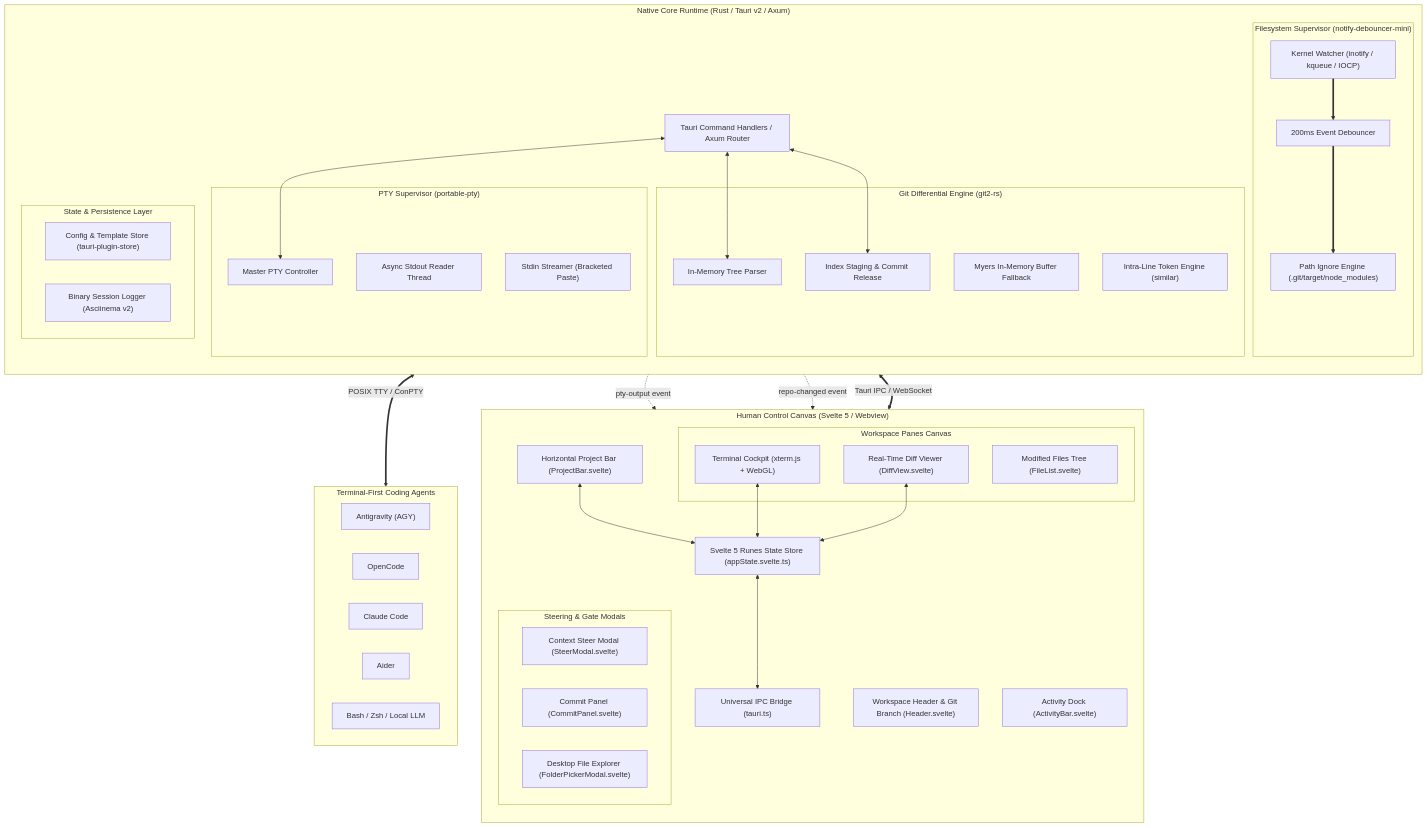
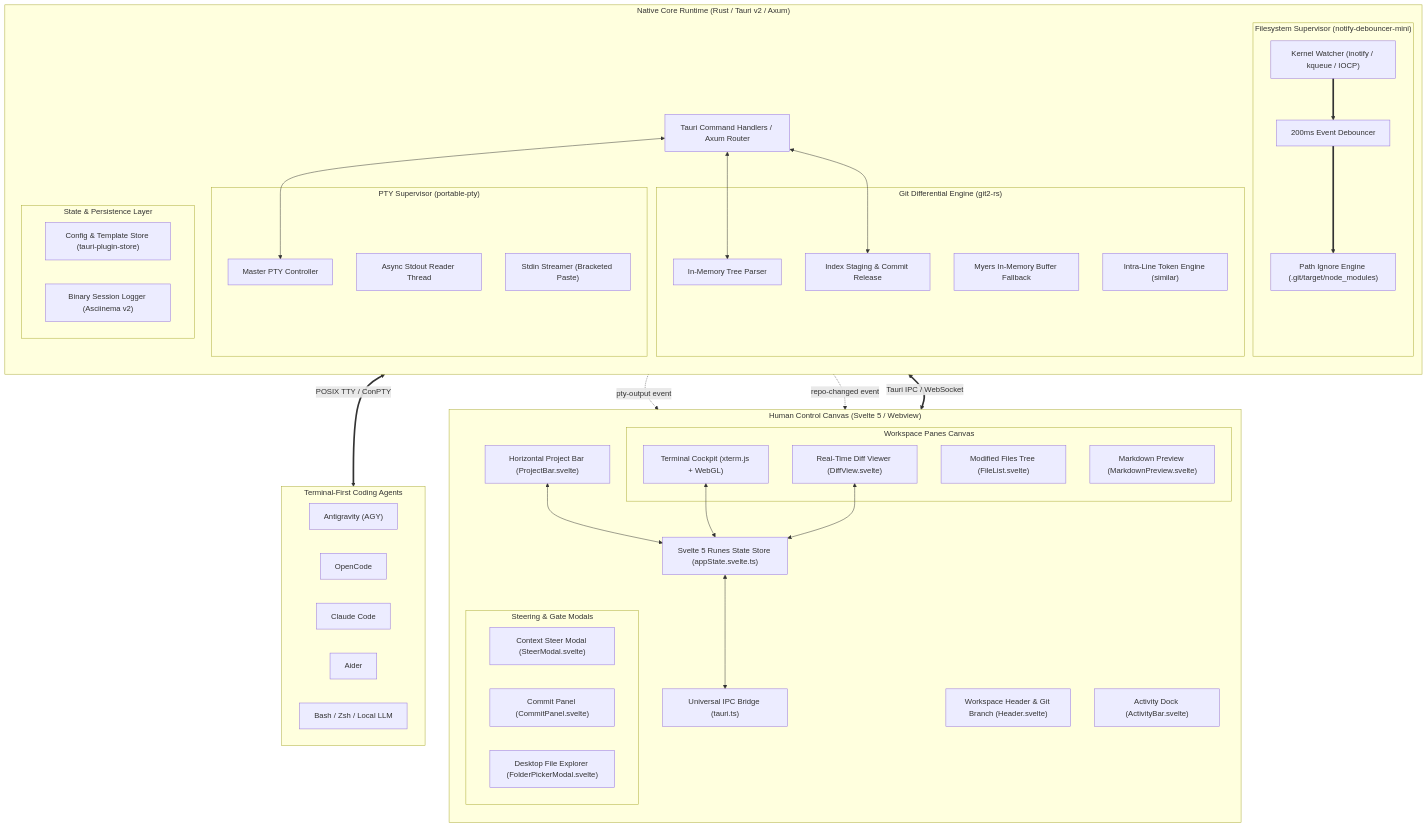
Before and after one commit to DuyDangCode/agent-desk: the first of 2 diagrams in docs/ARCHITECTURE.md, drawn with Mermaid. The commit also changed other lines of this file and 22 other files, not shown here.

````diff
--- a/docs/ARCHITECTURE.md
+++ b/docs/ARCHITECTURE.md
@@ -22,81 +22,82 @@
 ```mermaid
 flowchart TB
     subgraph Frontend["Human Control Canvas (Svelte 5 / Webview)"]
         direction TB
         ProjectBar["Horizontal Project Bar (ProjectBar.svelte)"]
         Header["Workspace Header & Git Branch (Header.svelte)"]
         ActivityBar["Activity Dock (ActivityBar.svelte)"]
         
         subgraph Canvas["Workspace Panes Canvas"]
             TermView["Terminal Cockpit (xterm.js + WebGL)"]
             FileTree["Modified Files Tree (FileList.svelte)"]
             DiffCanvas["Real-Time Diff Viewer (DiffView.svelte)"]
+            MarkdownCanvas["Markdown Preview (MarkdownPreview.svelte)"]
         end
         
         subgraph Modals["Steering & Gate Modals"]
             SteerDlg["Context Steer Modal (SteerModal.svelte)"]
             CommitDlg["Commit Panel (CommitPanel.svelte)"]
             FolderDlg["Desktop File Explorer (FolderPickerModal.svelte)"]
         end
         
         AppStore["Svelte 5 Runes State Store (appState.svelte.ts)"]
         IPCBridge["Universal IPC Bridge (tauri.ts)"]
     end
 
     subgraph NativeBackend["Native Core Runtime (Rust / Tauri v2 / Axum)"]
         direction TB
         
         subgraph PTYSub["PTY Supervisor (portable-pty)"]
             PtyMaster["Master PTY Controller"]
             PtyReader["Async Stdout Reader Thread"]
             PtyWriter["Stdin Streamer (Bracketed Paste)"]
         end
         
         subgraph GitSub["Git Differential Engine (git2-rs)"]
             TreeParser["In-Memory Tree Parser"]
             MyersFallback["Myers In-Memory Buffer Fallback"]
             IntraLine["Intra-Line Token Engine (similar)"]
             StagingEngine["Index Staging & Commit Release"]
         end
         
         subgraph WatcherSub["Filesystem Supervisor (notify-debouncer-mini)"]
             KernelWatcher["Kernel Watcher (inotify / kqueue / IOCP)"]
             DebouncerWindow["200ms Event Debouncer"]
             PathFilter["Path Ignore Engine (.git/target/node_modules)"]
         end
         
         subgraph StorageSub["State & Persistence Layer"]
             ConfigStore["Config & Template Store (tauri-plugin-store)"]
             SessionLog["Binary Session Logger (Asciinema v2)"]
         end
         
         IPC_Handler["Tauri Command Handlers / Axum Router"]
     end
 
     subgraph ExternalAgents["Terminal-First Coding Agents"]
         direction LR
         AGY["Antigravity (AGY)"]
         OpenCode["OpenCode"]
         Claude["Claude Code"]
         Aider["Aider"]
         CustomCLI["Bash / Zsh / Local LLM"]
     end
 
     %% Wiring
     ProjectBar <--> AppStore
     TermView <--> AppStore
     DiffCanvas <--> AppStore
     AppStore <--> IPCBridge
 
     IPCBridge <== "Tauri IPC / WebSocket" ==> IPC_Handler
     
     IPC_Handler <--> PtyMaster
     PtyMaster <== "POSIX TTY / ConPTY" ==> ExternalAgents
     PtyReader -. "pty-output event" .-> IPCBridge
     
     IPC_Handler <--> TreeParser
     IPC_Handler <--> StagingEngine
     
     KernelWatcher ==> DebouncerWindow ==> PathFilter
     PathFilter -. "repo-changed event" .-> IPCBridge
 ```
````
